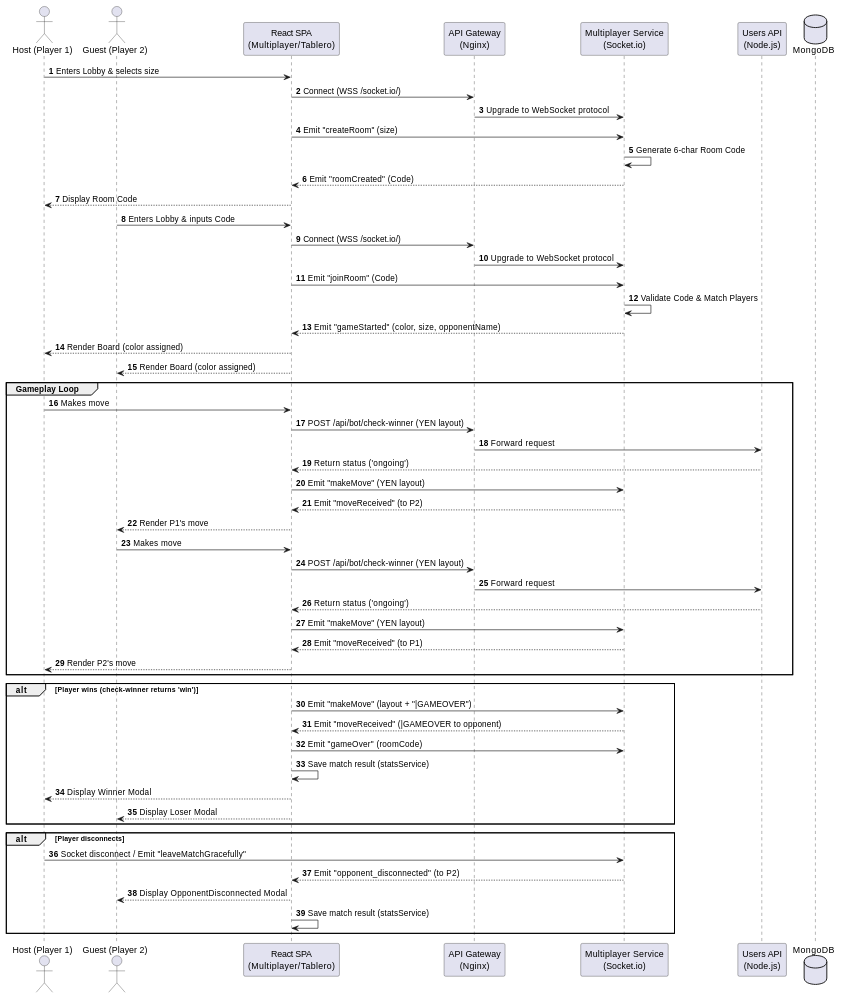
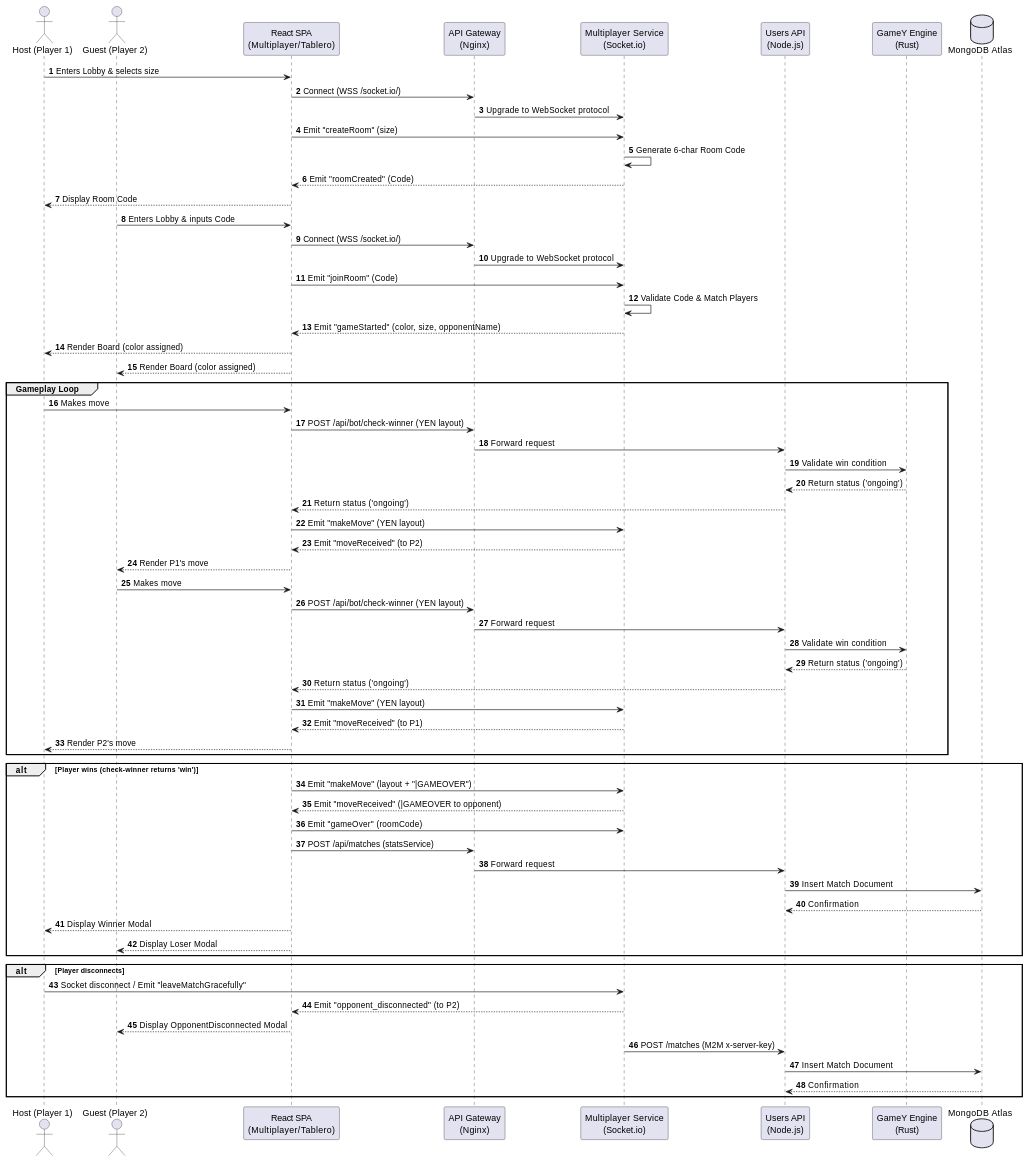
One commit to Arquisoft/yovi_es1a changed the third of 5 diagrams in docs/src/06_runtime_view.adoc. Above: the diagram before and after it, drawn with PlantUML. The commit also changed other lines of this file and 2 other files, not shown here.

Commit message:
fixed point 3,5,6 of documentation

```diff
--- a/docs/src/06_runtime_view.adoc
+++ b/docs/src/06_runtime_view.adoc
@@ -101,64 +106,74 @@
 [plantuml]
 ----
 @startuml
 autonumber
 actor "Host (Player 1)" as P1
 actor "Guest (Player 2)" as P2
 participant "React SPA\n(Multiplayer/Tablero)" as WebApp
 participant "API Gateway\n(Nginx)" as Gateway
 participant "Multiplayer Service\n(Socket.io)" as Multi
 participant "Users API\n(Node.js)" as UsersService
-database MongoDB as Db
+participant "GameY Engine\n(Rust)" as Gamey
+database "MongoDB Atlas" as Db
 
 P1 -> WebApp: Enters Lobby & selects size
 WebApp -> Gateway: Connect (WSS /socket.io/)
 Gateway -> Multi: Upgrade to WebSocket protocol
 WebApp -> Multi: Emit "createRoom" (size)
 Multi -> Multi: Generate 6-char Room Code
 Multi --> WebApp: Emit "roomCreated" (Code)
 WebApp --> P1: Display Room Code
 
 P2 -> WebApp: Enters Lobby & inputs Code
 WebApp -> Gateway: Connect (WSS /socket.io/)
 Gateway -> Multi: Upgrade to WebSocket protocol
 WebApp -> Multi: Emit "joinRoom" (Code)
 Multi -> Multi: Validate Code & Match Players
 Multi --> WebApp: Emit "gameStarted" (color, size, opponentName)
 WebApp --> P1: Render Board (color assigned)
 WebApp --> P2: Render Board (color assigned)
 
 group Gameplay Loop
     P1 -> WebApp: Makes move
     WebApp -> Gateway: POST /api/bot/check-winner (YEN layout)
     Gateway -> UsersService: Forward request
+    UsersService -> Gamey: Validate win condition
+    Gamey --> UsersService: Return status ('ongoing')
     UsersService --> WebApp: Return status ('ongoing')
     WebApp -> Multi: Emit "makeMove" (YEN layout)
     Multi --> WebApp: Emit "moveReceived" (to P2)
     WebApp --> P2: Render P1's move
 
     P2 -> WebApp: Makes move
     WebApp -> Gateway: POST /api/bot/check-winner (YEN layout)
     Gateway -> UsersService: Forward request
+    UsersService -> Gamey: Validate win condition
+    Gamey --> UsersService: Return status ('ongoing')
     UsersService --> WebApp: Return status ('ongoing')
     WebApp -> Multi: Emit "makeMove" (YEN layout)
     Multi --> WebApp: Emit "moveReceived" (to P1)
     WebApp --> P1: Render P2's move
 end
 
 alt Player wins (check-winner returns 'win')
     WebApp -> Multi: Emit "makeMove" (layout + "|GAMEOVER")
     Multi --> WebApp: Emit "moveReceived" (|GAMEOVER to opponent)
     WebApp -> Multi: Emit "gameOver" (roomCode)
-    WebApp -> WebApp: Save match result (statsService)
+    WebApp -> Gateway: POST /api/matches (statsService)
+    Gateway -> UsersService: Forward request
+    UsersService -> Db: Insert Match Document
+    Db --> UsersService: Confirmation
     WebApp --> P1: Display Winner Modal
     WebApp --> P2: Display Loser Modal
 end
 
 alt Player disconnects
     P1 -> Multi: Socket disconnect / Emit "leaveMatchGracefully"
     Multi --> WebApp: Emit "opponent_disconnected" (to P2)
     WebApp --> P2: Display OpponentDisconnected Modal
-    WebApp -> WebApp: Save match result (statsService)
+    Multi -> UsersService: POST /matches (M2M x-server-key)
+    UsersService -> Db: Insert Match Document
+    Db --> UsersService: Confirmation
 end
 @enduml
 ----
```
